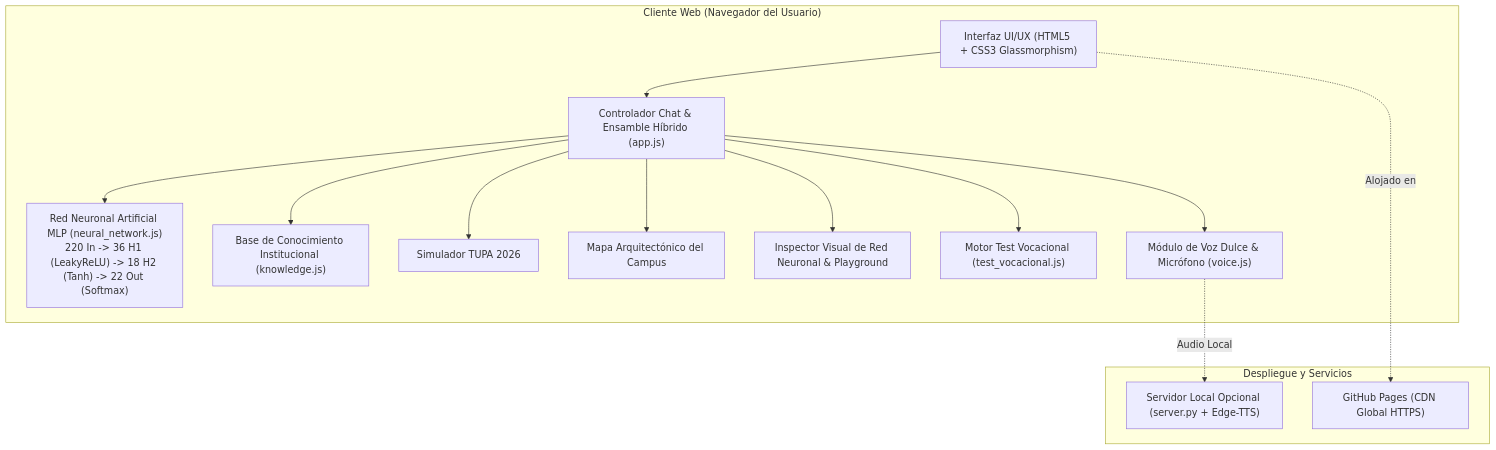
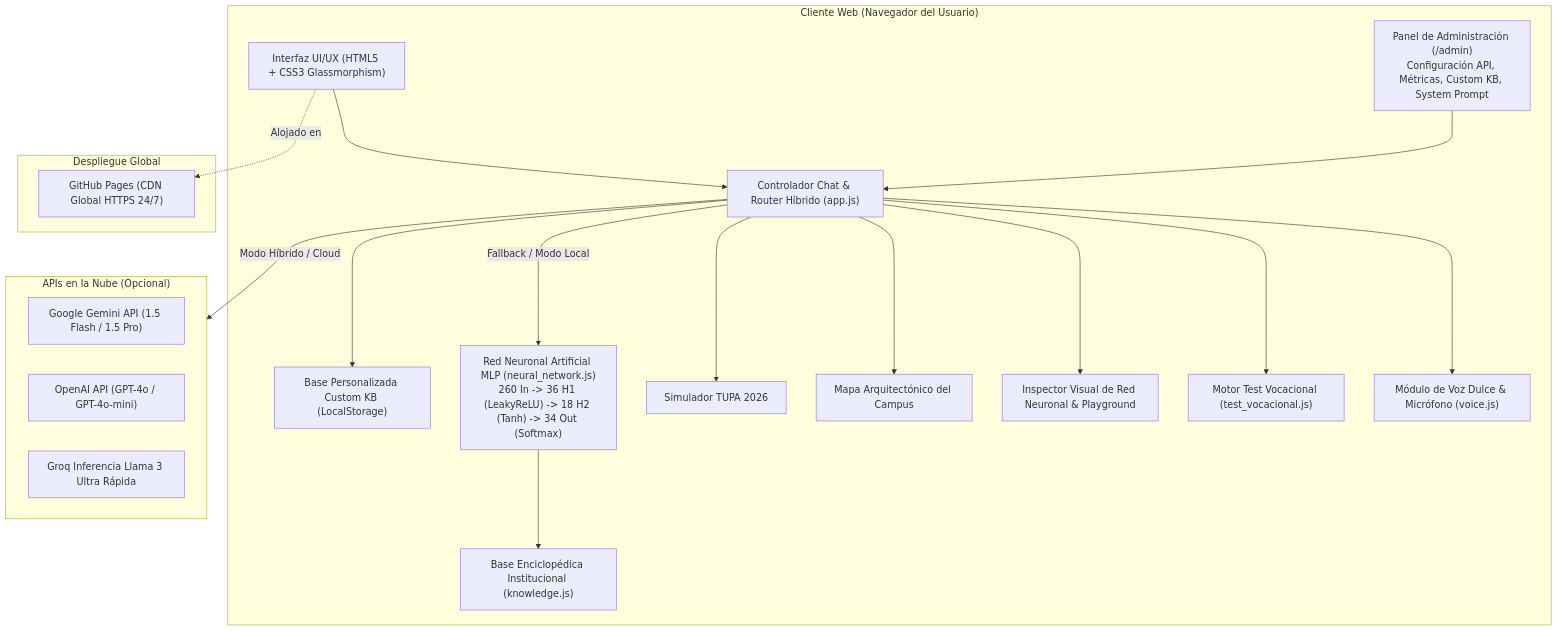
The diagram in INFORME_TECNICO_HERCARBOT.md (GMPH2007/HercarBOT), drawn with Mermaid before and after one commit. The commit also changed other lines of this file, not shown here.

Commit message:
v6.0: Panel de Administracion & Arquitectura Hibrida Multi-API (Gemini, OpenAI, Groq), Local Neural Fallback, Custom KB y Metricas (INFORME_TECNICO_HERCARBOT.md)

````diff
--- a/INFORME_TECNICO_HERCARBOT.md
+++ b/INFORME_TECNICO_HERCARBOT.md
@@ -51,30 +54,39 @@
 ```mermaid
 flowchart TD
     subgraph Cliente ["Cliente Web (Navegador del Usuario)"]
         UI["Interfaz UI/UX (HTML5 + CSS3 Glassmorphism)"]
-        NN["Red Neuronal Artificial MLP (neural_network.js)\n220 In -> 36 H1 (LeakyReLU) -> 18 H2 (Tanh) -> 22 Out (Softmax)"]
-        APP["Controlador Chat & Ensamble Híbrido (app.js)"]
+        ADMIN["Panel de Administración (/admin)\nConfiguración API, Métricas, Custom KB, System Prompt"]
+        APP["Controlador Chat & Router Híbrido (app.js)"]
+        CKB["Base Personalizada Custom KB (LocalStorage)"]
+        NN["Red Neuronal Artificial MLP (neural_network.js)\n260 In -> 36 H1 (LeakyReLU) -> 18 H2 (Tanh) -> 34 Out (Softmax)"]
+        KB["Base Enciclopédica Institucional (knowledge.js)"]
         SIM["Simulador TUPA 2026"]
         MAP["Mapa Arquitectónico del Campus"]
         INS["Inspector Visual de Red Neuronal & Playground"]
         VOC["Motor Test Vocacional (test_vocacional.js)"]
-        KB["Base de Conocimiento Institucional (knowledge.js)"]
         VOICE["Módulo de Voz Dulce & Micrófono (voice.js)"]
     end
 
-    subgraph Nube ["Despliegue y Servicios"]
-        GH["GitHub Pages (CDN Global HTTPS)"]
-        PY["Servidor Local Opcional (server.py + Edge-TTS)"]
+    subgraph ProveedoresCloud ["APIs en la Nube (Opcional)"]
+        GEMINI["Google Gemini API (1.5 Flash / 1.5 Pro)"]
+        OAI["OpenAI API (GPT-4o / GPT-4o-mini)"]
+        GROQ["Groq Inferencia Llama 3 Ultra Rápida"]
+    end
+
+    subgraph Nube ["Despliegue Global"]
+        GH["GitHub Pages (CDN Global HTTPS 24/7)"]
     end
 
     UI --> APP
-    APP --> NN
-    APP --> KB
+    ADMIN --> APP
+    APP --> CKB
+    APP -->|Modo Híbrido / Cloud| ProveedoresCloud
+    APP -->|Fallback / Modo Local| NN
+    NN --> KB
     APP --> SIM
     APP --> MAP
     APP --> INS
     APP --> VOC
     APP --> VOICE
-    VOICE -.->|Audio Local| PY
     UI -.->|Alojado en| GH
 ```
````
